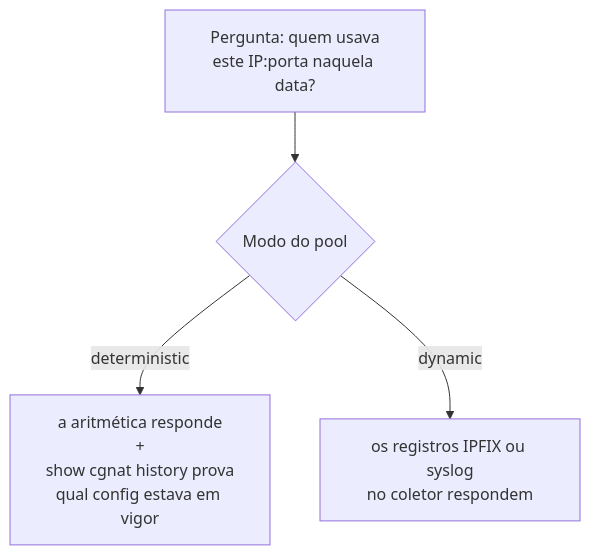
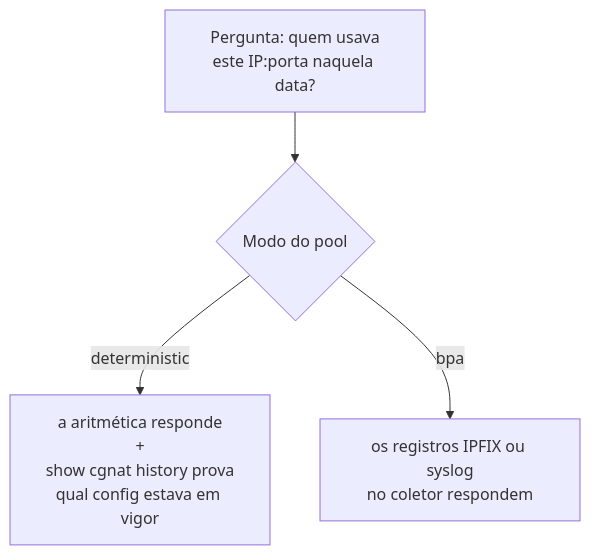
Before and after one commit to andrediashexa/prismarouting: the first of 2 diagrams in wiki/operar/logging-ipfix-e-trilha-de-auditoria.md, drawn with Mermaid. The commit also changed other lines of this file and 101 other files, not shown here.

````diff
--- a/wiki/operar/logging-ipfix-e-trilha-de-auditoria.md
+++ b/wiki/operar/logging-ipfix-e-trilha-de-auditoria.md
@@ -5,6 +5,6 @@
 ```mermaid
 flowchart TD
     P["Pergunta: quem usava<br/>este IP:porta naquela data?"] --> M{"Modo do pool"}
     M -->|deterministic| A["a aritmética responde<br/>+<br/>show cgnat history prova<br/>qual config estava em vigor"]
-    M -->|dynamic| B["os registros IPFIX ou syslog<br/>no coletor respondem"]
+    M -->|bpa| B["os registros IPFIX ou syslog<br/>no coletor respondem"]
 ```
````
